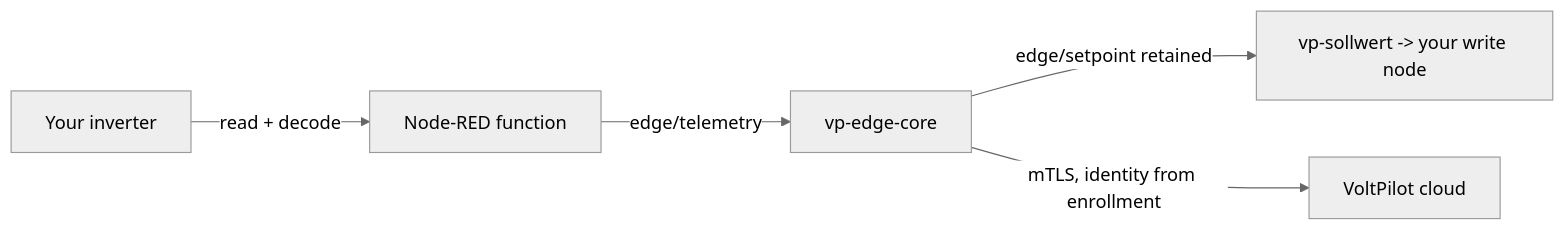
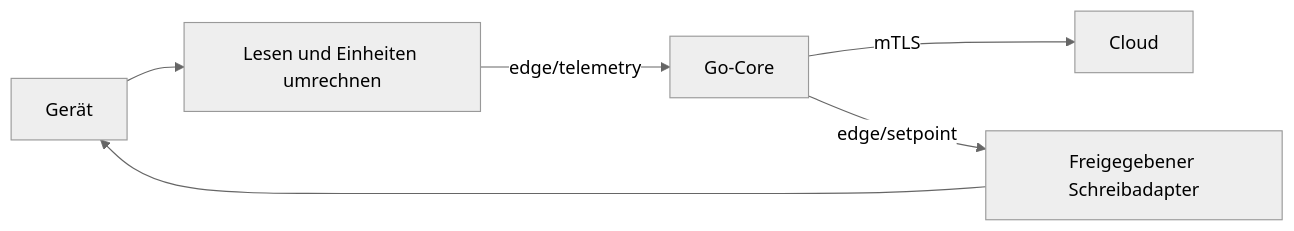
Before and after one commit to Rayleigh3105/voltpilot-ems: the diagram in edge-app/nodered/CUSTOM-INVERTER.md, drawn with Mermaid (neutral theme). The commit also changed other lines of this file and 135 other files, not shown here.

````diff
--- a/edge-app/nodered/CUSTOM-INVERTER.md
+++ b/edge-app/nodered/CUSTOM-INVERTER.md
@@ -11,7 +5,8 @@
 ```mermaid
 flowchart LR
-    INV[Your inverter] -->|read + decode| FN[Node-RED function]
-    FN -->|edge/telemetry| CORE[vp-edge-core]
-    CORE -->|edge/setpoint retained| SW[vp-sollwert -> your write node]
-    CORE -->|mTLS, identity from enrollment| CLOUD[VoltPilot cloud]
+  Device[Gerät] --> Decode[Lesen und Einheiten umrechnen]
+  Decode -->|edge/telemetry| Core[Go-Core]
+  Core -->|mTLS| Cloud[Cloud]
+  Core -->|edge/setpoint| Write[Freigegebener Schreibadapter]
+  Write --> Device
 ```
````
